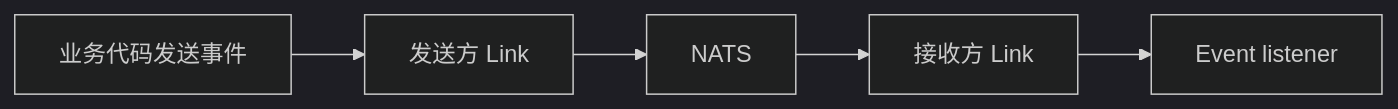
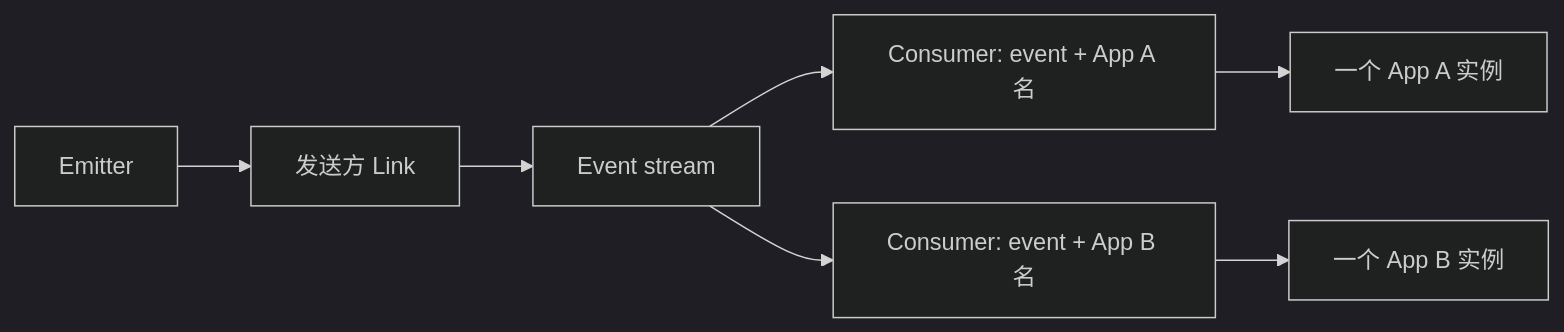
One commit to yorun-ai/vine-site changed the first of 2 diagrams in i18n/zh-CN/docusaurus-plugin-content-docs/current/framework/event-task.md. Above: the diagram before and after it, drawn with Mermaid (dark theme). The commit also changed other lines of this file and 95 other files, not shown here.

````diff
--- a/i18n/zh-CN/docusaurus-plugin-content-docs/current/framework/event-task.md
+++ b/i18n/zh-CN/docusaurus-plugin-content-docs/current/framework/event-task.md
@@ -60,4 +120,6 @@
 ```mermaid
 flowchart LR
-  Emitter["业务代码发送事件"] --> LinkA["发送方 Link"] --> NATS["NATS"] --> LinkB["接收方 Link"] --> Listener["Event listener"]
+  Sender["Emitter"] --> SenderLink["发送方 Link"] --> Stream["Event stream"]
+  Stream --> GroupA["Consumer: event + App A 名"] --> A["一个 App A 实例"]
+  Stream --> GroupB["Consumer: event + App B 名"] --> B["一个 App B 实例"]
 ```
````
